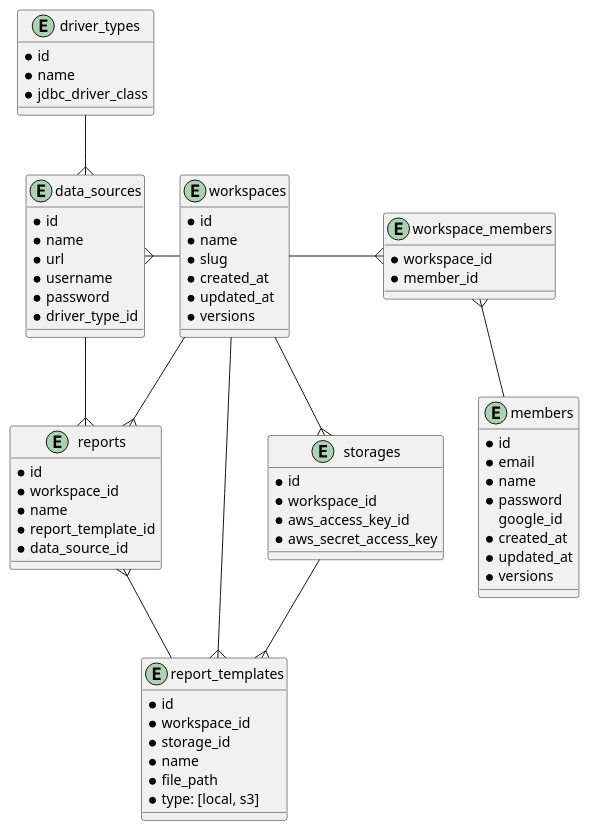
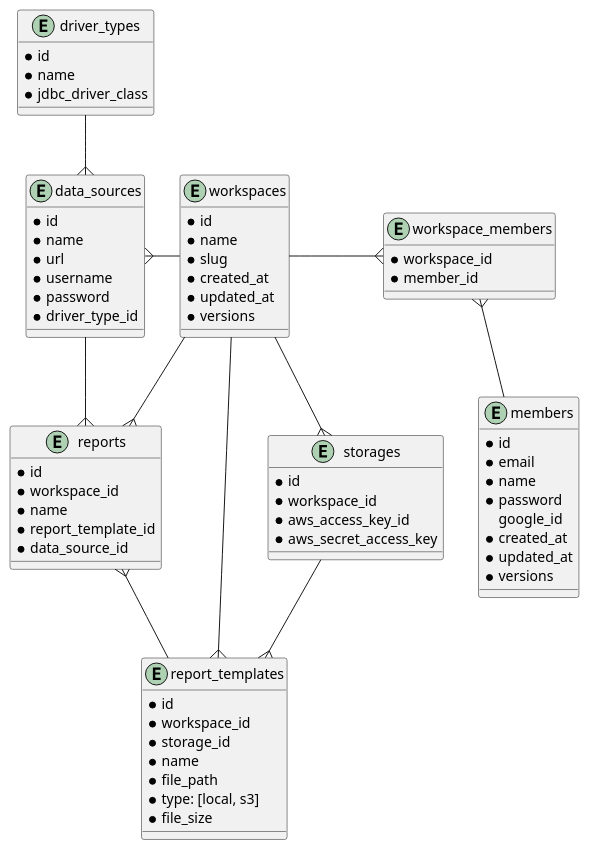
The diagram in docs/db/diagram.puml (ijufumi/openreports-api), drawn with PlantUML before and after one commit.

Commit message:
Add file size

```diff
--- a/docs/db/diagram.puml
+++ b/docs/db/diagram.puml
@@ -1,78 +1,79 @@
 @startuml
 
 entity members {
   * id
   * email
   * name
   * password
     google_id
   * created_at
   * updated_at
   * versions
 }
 
 entity workspaces {
   * id
   * name
   * slug
   * created_at
   * updated_at
   * versions
 }
 
 entity workspace_members {
   * workspace_id
   * member_id
 }
 
 entity data_sources {
   * id
   * name
   * url
   * username
   * password
   * driver_type_id
 }
 
 entity driver_types {
   * id
   * name
   * jdbc_driver_class
 }
 
 entity reports {
   * id
   * workspace_id
   * name
   * report_template_id
   * data_source_id
 }
 
 entity report_templates {
   * id
   * workspace_id
   * storage_id
   * name
   * file_path
   * type: [local, s3]
+  * file_size
 }
 
 entity storages {
   * id
   * workspace_id
   * aws_access_key_id
   * aws_secret_access_key
 }
 
 workspaces --r{ workspace_members
 workspace_members }-- members
 workspaces --l{ data_sources
 workspaces --{ reports
 workspaces --{ report_templates
 reports }-- report_templates
 driver_types --{ data_sources
 data_sources --{ reports
 workspaces --{ storages
 storages --{ report_templates
 
 @enduml
```
